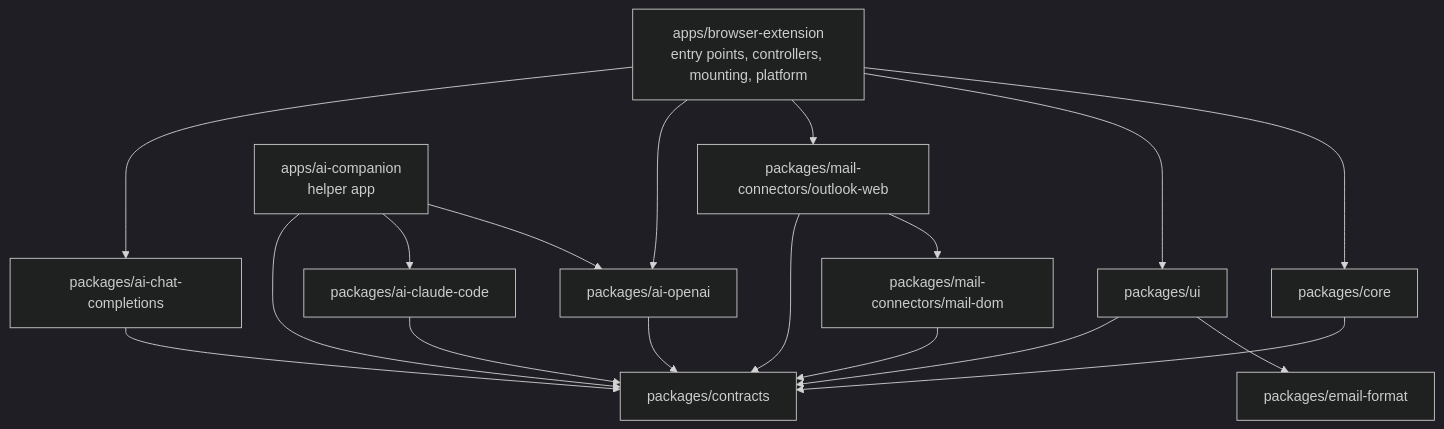
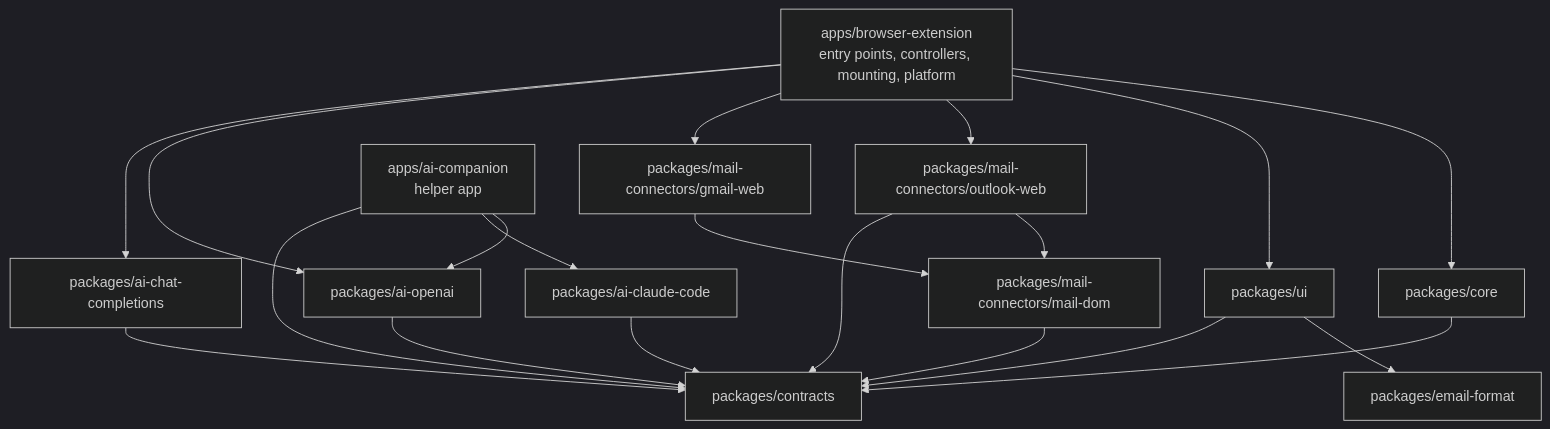
One commit to dervisgenc/email-writer changed the diagram in docs/DEVELOPMENT.md. Above: the diagram before and after it, drawn with Mermaid (dark theme). The commit also changed other lines of this file and 70 other files, not shown here.

First line of the commit message:
feat: support Gmail on the web

````diff
--- a/docs/DEVELOPMENT.md
+++ b/docs/DEVELOPMENT.md
@@ -96,20 +97,22 @@
 ```mermaid
 flowchart TD
     EXT[apps/browser-extension<br/>entry points, controllers, mounting, platform] --> CORE[packages/core]
     EXT --> UI[packages/ui]
     EXT --> MAIL[packages/mail-connectors/outlook-web]
+    EXT --> GMAIL[packages/mail-connectors/gmail-web]
     MAIL --> DOM[packages/mail-connectors/mail-dom]
+    GMAIL --> DOM
     DOM --> CONTRACTS
     UI --> FORMAT[packages/email-format]
     CORE --> CONTRACTS[packages/contracts]
     UI --> CONTRACTS
     MAIL --> CONTRACTS
     EXT --> OPENAI
     EXT --> CHAT[packages/ai-chat-completions]
     HOST[apps/ai-companion<br/>helper app] --> OPENAI[packages/ai-openai]
     HOST --> CLAUDE[packages/ai-claude-code]
     HOST --> CONTRACTS
     OPENAI --> CONTRACTS
     CHAT --> CONTRACTS
     CLAUDE --> CONTRACTS
 ```
````
